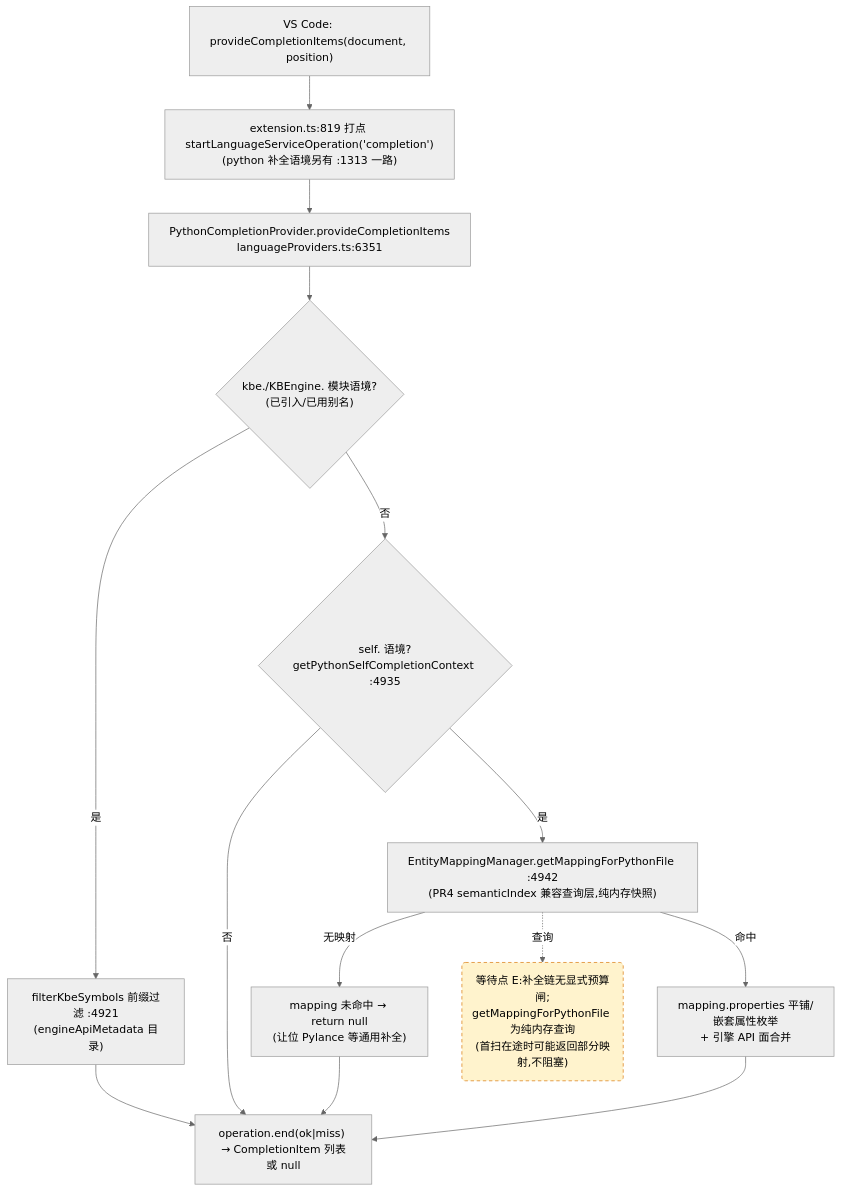
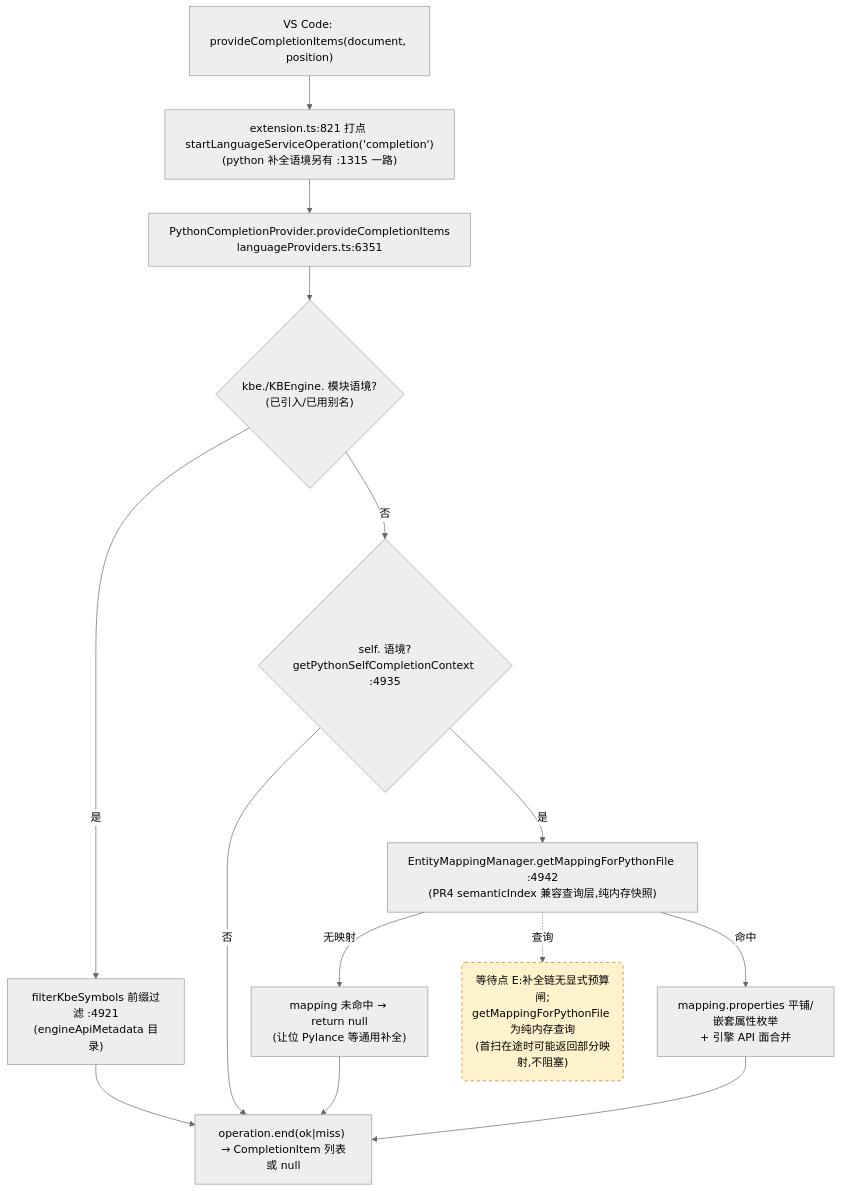
Before and after one commit to cuihairu/kode: the third of 4 diagrams in docs/perf/2026-baseline.md, drawn with Mermaid (neutral theme). The commit also changed other lines of this file and 17 other files, not shown here.

````diff
--- a/docs/perf/2026-baseline.md
+++ b/docs/perf/2026-baseline.md
@@ -184,27 +184,27 @@
 ```mermaid
 flowchart TD
   VC3["VS Code: provideCompletionItems(document, position)"]
-  M3["extension.ts:819 打点 startLanguageServiceOperation('completion')<br/>(python 补全语境另有 :1313 一路)"]
+  M3["extension.ts:821 打点 startLanguageServiceOperation('completion')<br/>(python 补全语境另有 :1315 一路)"]
   CP["PythonCompletionProvider.provideCompletionItems<br/>languageProviders.ts:6351"]
   KBEC{"kbe./KBEngine. 模块语境?<br/>(已引入/已用别名)"}
   FILTER["filterKbeSymbols 前缀过滤 :4921<br/>(engineApiMetadata 目录)"]
   SELFC{"self. 语境?<br/>getPythonSelfCompletionContext :4935"}
   MAP["EntityMappingManager.getMappingForPythonFile :4942<br/>(PR4 semanticIndex 兼容查询层,纯内存快照)"]
   NOMAP["mapping 未命中 → return null<br/>(让位 Pylance 等通用补全)"]
   PROPS["mapping.properties 平铺/嵌套属性枚举<br/>+ 引擎 API 面合并"]
   END3["operation.end(ok|miss) → CompletionItem 列表或 null"]
 
   VC3 --> M3 --> CP --> KBEC
   KBEC -- "是" --> FILTER --> END3
   KBEC -- "否" --> SELFC
   SELFC -- "否" --> END3
   SELFC -- "是" --> MAP
   MAP -- "无映射" --> NOMAP --> END3
   MAP -- "命中" --> PROPS --> END3
 
   WAITE("等待点 E:补全链无显式预算闸;<br/>getMappingForPythonFile 为纯内存查询<br/>(首扫在途时可能返回部分映射,不阻塞)")
   MAP -.->|查询| WAITE
 
   classDef waitPoint fill:#fff3cd,stroke:#d97706,stroke-dasharray:5 4;
   class WAITE waitPoint;
 ```
````
